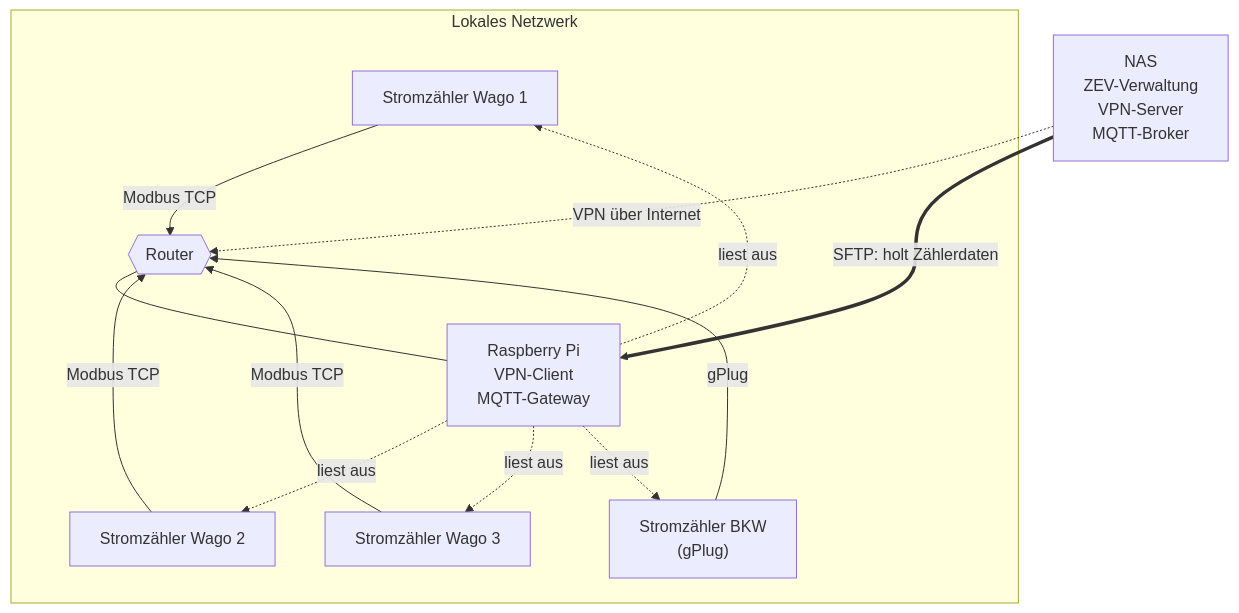
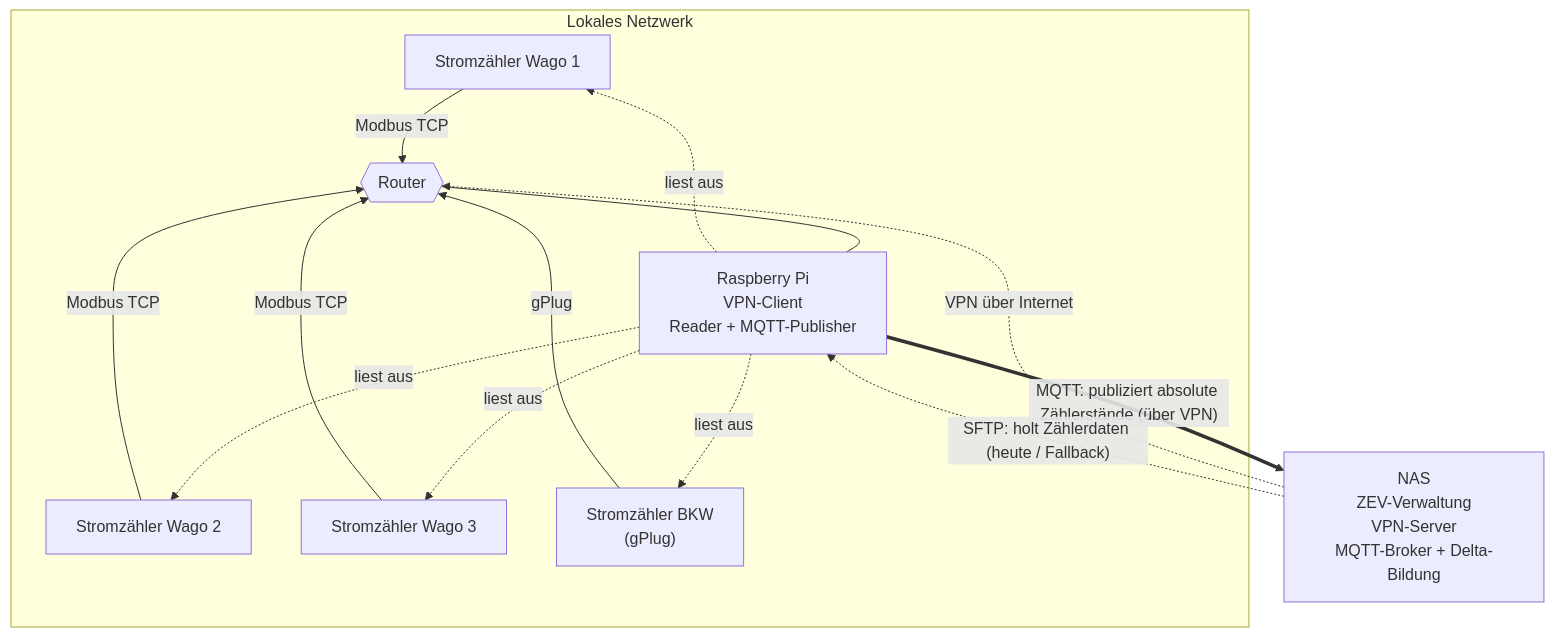
Before and after one commit to ursnacht/ZEV: the diagram in docs/Netzwerk-Topologie-Hene.md, drawn with Mermaid. The commit also changed other lines of this file, not shown here.

Commit message:
Docs: Netzwerk-Topologie Mermaid-Diagramm auf MQTT-Fluss angepasst
Pi als Reader + MQTT-Publisher, NAS als Broker + Delta-Bildung; Hauptfluss
"Pi publiziert absolute Zaehlerstaende -> NAS" (Variante B), SFTP als
heute/Fallback (gestrichelt). Datenfluss-Notiz ergaenzt.

````diff
--- a/docs/Netzwerk-Topologie-Hene.md
+++ b/docs/Netzwerk-Topologie-Hene.md
@@ -3,27 +3,28 @@
 ```mermaid
 flowchart TB
     subgraph Lokales_Netzwerk["Lokales Netzwerk"]
         W1["Stromzähler Wago 1"]
         W2["Stromzähler Wago 2"]
         W3["Stromzähler Wago 3"]
         BKW["Stromzähler BKW<br/>(gPlug)"]
         ROUTER{{"Router"}}
-        RPI["Raspberry Pi<br/>VPN-Client<br/>MQTT-Gateway"]
+        RPI["Raspberry Pi<br/>VPN-Client<br/>Reader + MQTT-Publisher"]
     end
 
-    NAS["NAS<br/>ZEV-Verwaltung<br/>VPN-Server<br/>MQTT-Broker"]
+    NAS["NAS<br/>ZEV-Verwaltung<br/>VPN-Server<br/>MQTT-Broker + Delta-Bildung"]
 
     W1 -- "Modbus TCP" --> ROUTER
     W2 -- "Modbus TCP" --> ROUTER
     W3 -- "Modbus TCP" --> ROUTER
     BKW -- "gPlug" --> ROUTER
     ROUTER --- RPI
 
     RPI -. "liest aus" .-> W1
     RPI -. "liest aus" .-> W2
     RPI -. "liest aus" .-> W3
     RPI -. "liest aus" .-> BKW
 
     NAS -. "VPN über Internet" .-> ROUTER
-    NAS == "SFTP: holt Zählerdaten" ==> RPI
+    RPI == "MQTT: publiziert absolute Zählerstände (über VPN)" ==> NAS
+    NAS -. "SFTP: holt Zählerdaten (heute / Fallback)" .-> RPI
 ```
````
